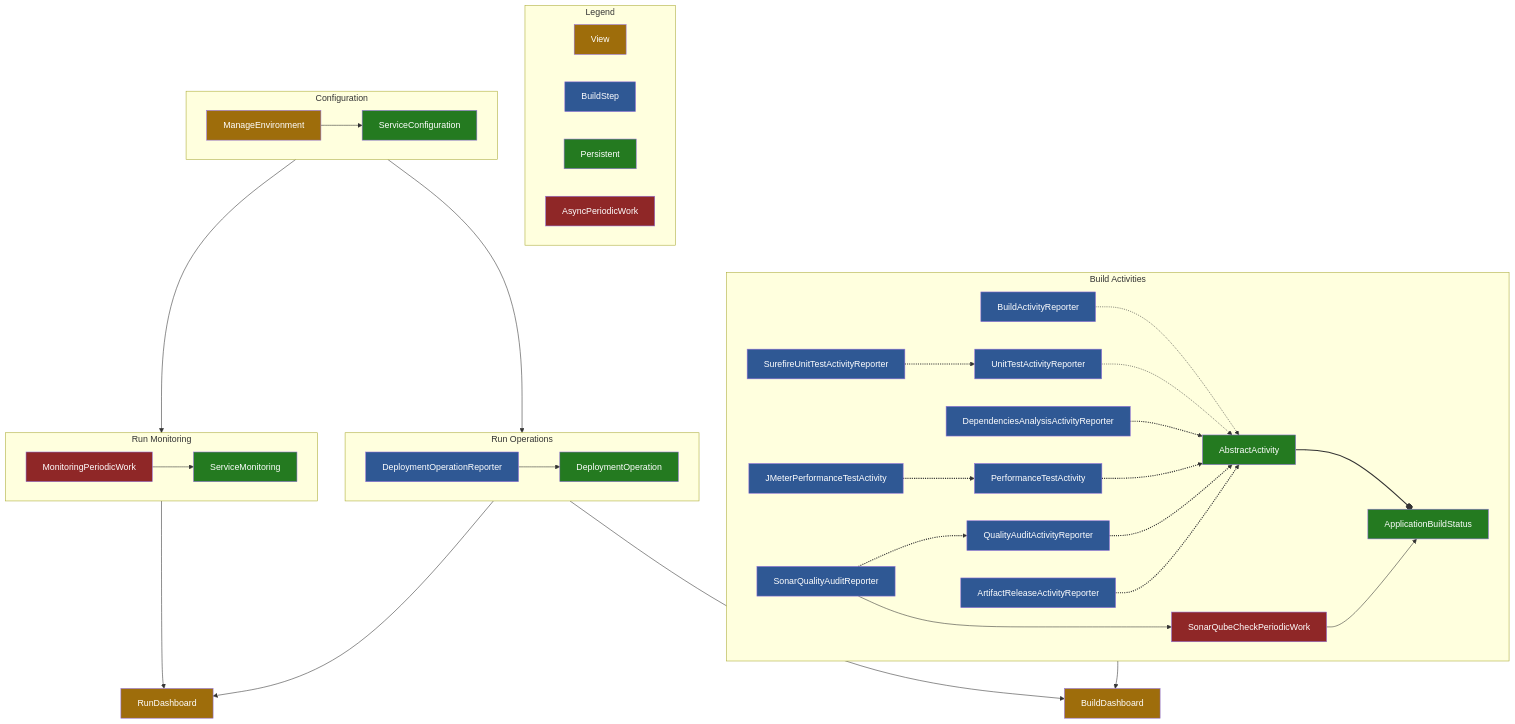
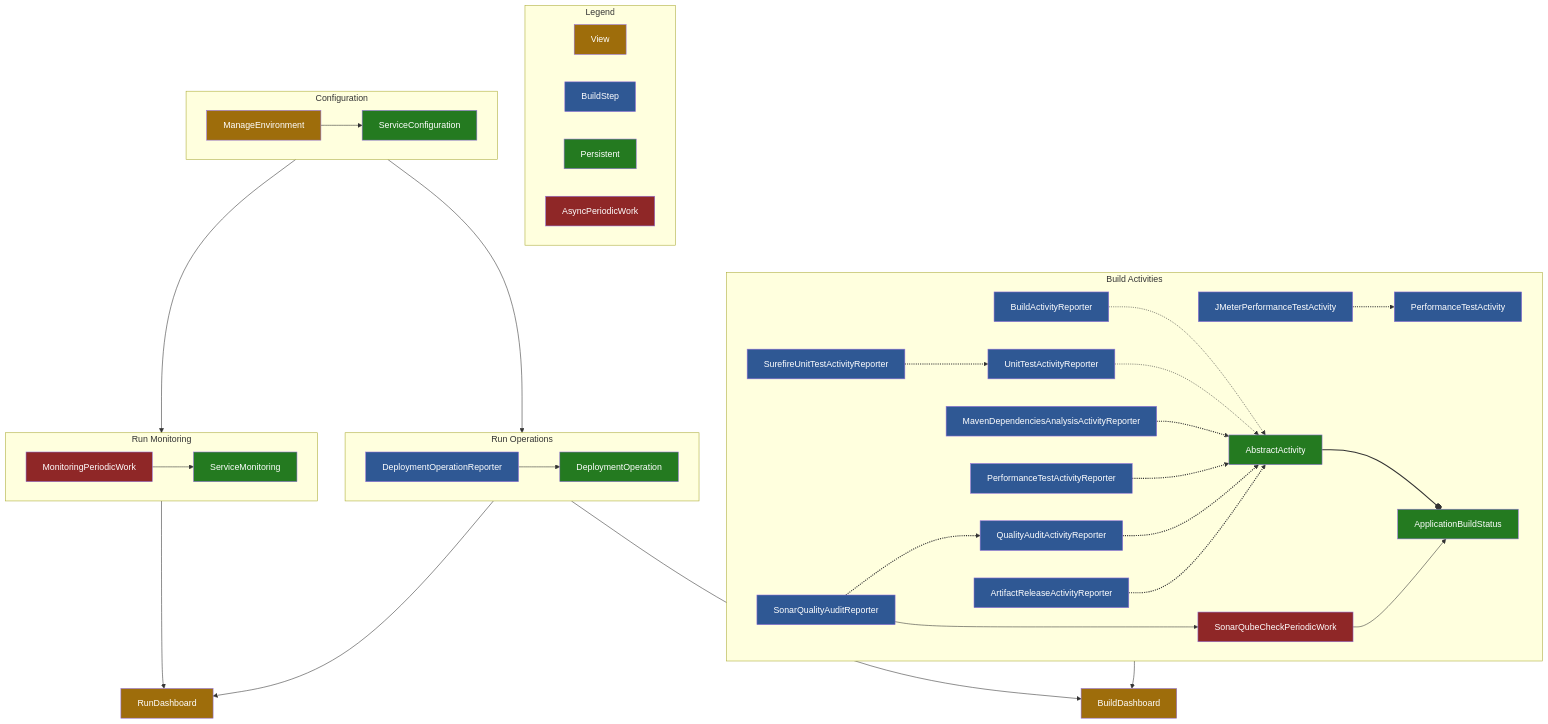
The diagram in README.md (jenkinsci/devops-portal-plugin), drawn with Mermaid before and after one commit. The commit also changed other lines of this file and 27 other files, not shown here.

Commit message:
WIP refactoring DependenciesAnalysisActivity

````diff
--- a/README.md
+++ b/README.md
@@ -413,50 +420,50 @@
 ```mermaid
 flowchart TD
 
     subgraph Legend
         View:::view
         BuildStep:::reporter
         Persistent:::entity
         AsyncPeriodicWork:::worker
     end
     
     subgraph Configuration
         ManageEnvironment:::view --> ServiceConfiguration:::entity
     end
     
     subgraph BuildActivities[Build Activities]
         BuildActivityReporter:::reporter -.-> AbstractActivity:::entity
         UnitTestActivityReporter:::reporter -.-> AbstractActivity:::entity
         SurefireUnitTestActivityReporter:::reporter -.-> UnitTestActivityReporter:::reporter
-        DependenciesAnalysisActivityReporter:::reporter -.-> AbstractActivity:::entity
-        PerformanceTestActivity:::reporter -.-> AbstractActivity:::entity
+        MavenDependenciesAnalysisActivityReporter:::reporter -.-> AbstractActivity:::entity
+        PerformanceTestActivityReporter:::reporter -.-> AbstractActivity:::entity
         JMeterPerformanceTestActivity:::reporter -.-> PerformanceTestActivity:::reporter
         QualityAuditActivityReporter:::reporter -.-> AbstractActivity:::entity
         SonarQualityAuditReporter:::reporter -.-> QualityAuditActivityReporter:::reporter
         ArtifactReleaseActivityReporter:::reporter -.-> AbstractActivity:::entity
         AbstractActivity:::entity --o ApplicationBuildStatus:::entity
         SonarQualityAuditReporter:::reporter --> SonarQubeCheckPeriodicWork:::worker
         SonarQubeCheckPeriodicWork:::worker --> ApplicationBuildStatus:::entity
     end
 
     subgraph RunOperations[Run Operations]
         DeploymentOperationReporter:::reporter --> DeploymentOperation:::entity
     end
     
     subgraph RunMonitoring[Run Monitoring]
         MonitoringPeriodicWork:::worker --> ServiceMonitoring:::entity
     end
    
     Configuration --> RunOperations
     Configuration --> RunMonitoring
     RunOperations --> RunDashboard:::view
     RunMonitoring --> RunDashboard:::view
     BuildActivities --> BuildDashboard:::view
     RunOperations --> BuildDashboard:::view
     
     classDef view fill:#9e6d0b,color:#fff
     classDef reporter fill:#2f5894,color:#fff
     classDef entity fill:#247a20,color:#fff
     classDef worker fill:#8f2727,color:#fff
     linkStyle 3,4,5,6,7,8,9,10 stroke-width:2px,fill:none
 ```
````
